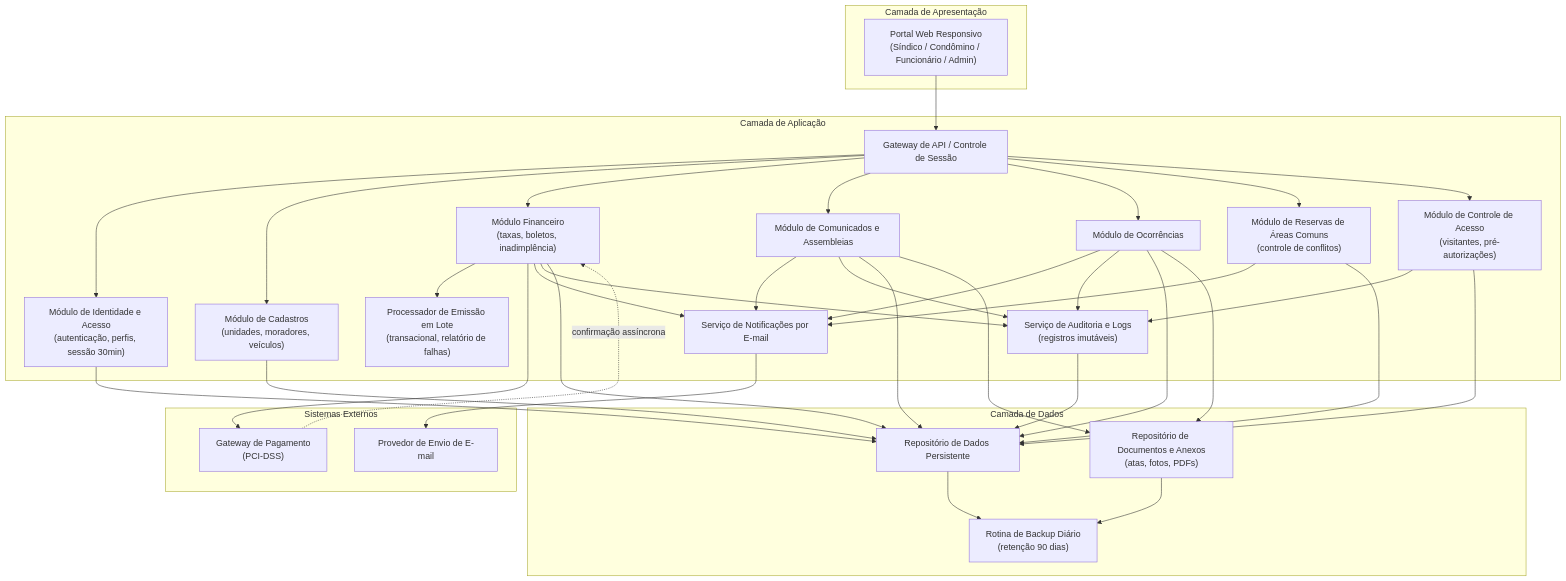
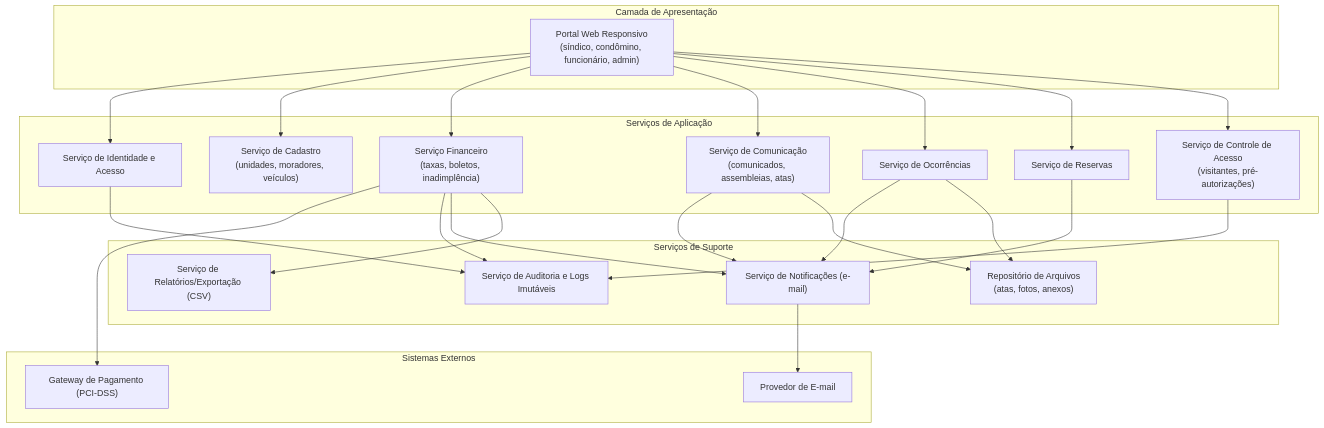
One commit to PDC-ESIA/AI4ES changed the first of 3 diagrams in docs/Time_2_Design/analise-qualitativa/outputs/relatorio_claude_fable_5_M04.md. Above: the diagram before and after it, drawn with Mermaid. The commit also changed other lines of this file and 93 other files, not shown here.

````diff
--- a/docs/Time_2_Design/analise-qualitativa/outputs/relatorio_claude_fable_5_M04.md
+++ b/docs/Time_2_Design/analise-qualitativa/outputs/relatorio_claude_fable_5_M04.md
@@ -33,64 +33,49 @@
 ```mermaid
 flowchart TB
     subgraph Apresentacao["Camada de Apresentação"]
-        PORTAL["Portal Web Responsivo<br/>(Síndico / Condômino / Funcionário / Admin)"]
+        PORTAL["Portal Web Responsivo<br/>(síndico, condômino, funcionário, admin)"]
     end
 
-    subgraph Nucleo["Camada de Aplicação"]
-        GW["Gateway de API / Controle de Sessão"]
-        IAM["Módulo de Identidade e Acesso<br/>(autenticação, perfis, sessão 30min)"]
-        CAD["Módulo de Cadastros<br/>(unidades, moradores, veículos)"]
-        FIN["Módulo Financeiro<br/>(taxas, boletos, inadimplência)"]
-        LOTE["Processador de Emissão em Lote<br/>(transacional, relatório de falhas)"]
-        COM["Módulo de Comunicados e Assembleias"]
-        OCO["Módulo de Ocorrências"]
-        RES["Módulo de Reservas de Áreas Comuns<br/>(controle de conflitos)"]
-        VIS["Módulo de Controle de Acesso<br/>(visitantes, pré-autorizações)"]
-        NOT["Serviço de Notificações por E-mail"]
-        AUD["Serviço de Auditoria e Logs<br/>(registros imutáveis)"]
+    subgraph Nucleo["Serviços de Aplicação"]
+        AUTH["Serviço de Identidade e Acesso"]
+        CAD["Serviço de Cadastro<br/>(unidades, moradores, veículos)"]
+        FIN["Serviço Financeiro<br/>(taxas, boletos, inadimplência)"]
+        COM["Serviço de Comunicação<br/>(comunicados, assembleias, atas)"]
+        OCO["Serviço de Ocorrências"]
+        RES["Serviço de Reservas"]
+        VIS["Serviço de Controle de Acesso<br/>(visitantes, pré-autorizações)"]
     end
 
-    subgraph Dados["Camada de Dados"]
-        REPO["Repositório de Dados Persistente"]
-        DOC["Repositório de Documentos e Anexos<br/>(atas, fotos, PDFs)"]
-        BKP["Rotina de Backup Diário<br/>(retenção 90 dias)"]
+    subgraph Suporte["Serviços de Suporte"]
+        NOT["Serviço de Notificações (e-mail)"]
+        AUD["Serviço de Auditoria e Logs Imutáveis"]
+        ARQ["Repositório de Arquivos<br/>(atas, fotos, anexos)"]
+        REL["Serviço de Relatórios/Exportação (CSV)"]
     end
 
     subgraph Externos["Sistemas Externos"]
-        PAG["Gateway de Pagamento<br/>(PCI-DSS)"]
-        SMTP["Provedor de Envio de E-mail"]
+        GW["Gateway de Pagamento (PCI-DSS)"]
+        MAIL["Provedor de E-mail"]
     end
 
-    PORTAL --> GW
-    GW --> IAM
-    GW --> CAD
-    GW --> FIN
-    GW --> COM
-    GW --> OCO
-    GW --> RES
-    GW --> VIS
-    FIN --> LOTE
-    FIN --> PAG
-    PAG -.confirmação assíncrona.-> FIN
+    PORTAL --> AUTH
+    PORTAL --> CAD
+    PORTAL --> FIN
+    PORTAL --> COM
+    PORTAL --> OCO
+    PORTAL --> RES
+    PORTAL --> VIS
+
+    FIN --> GW
+    FIN --> AUD
+    FIN --> NOT
+    FIN --> REL
     COM --> NOT
+    COM --> ARQ
     OCO --> NOT
+    OCO --> ARQ
     RES --> NOT
-    FIN --> NOT
-    NOT --> SMTP
-    FIN --> AUD
     VIS --> AUD
-    COM --> AUD
-    OCO --> AUD
-    CAD --> REPO
-    FIN --> REPO
-    COM --> REPO
-    OCO --> REPO
-    RES --> REPO
-    VIS --> REPO
-    IAM --> REPO
-    AUD --> REPO
-    COM --> DOC
-    OCO --> DOC
-    REPO --> BKP
-    DOC --> BKP
+    NOT --> MAIL
+    AUTH --> AUD
 ```
````
